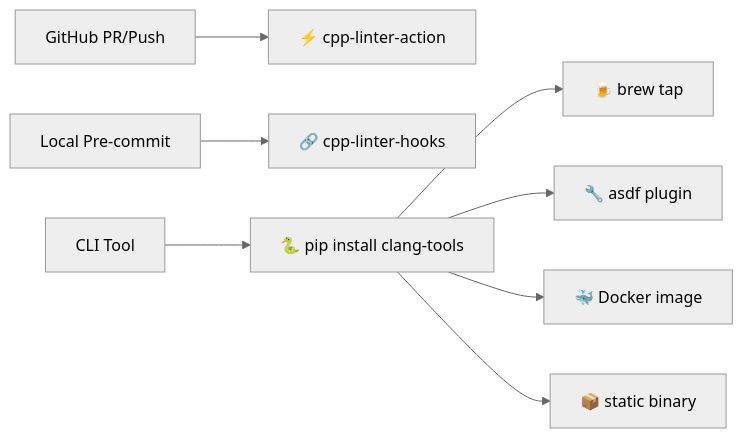
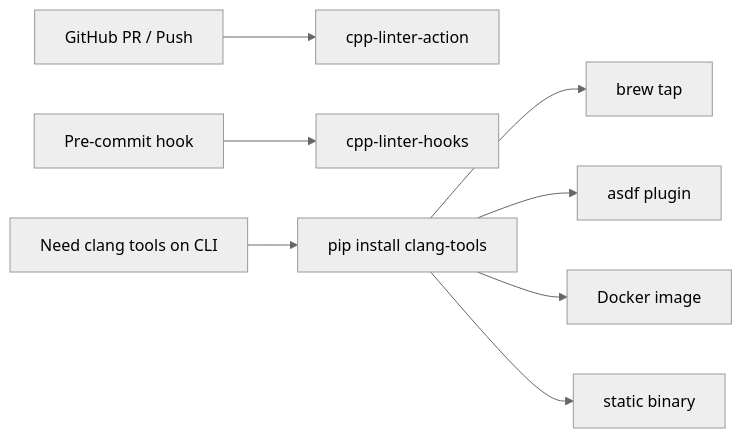
Before and after one commit to cpp-linter/.github: the diagram in profile/README.md, drawn with Mermaid (neutral theme). The commit also changed other lines of this file, not shown here.

First line of the commit message:
refactor(profile): restore original style, keep only mermaid flowchart

````diff
--- a/profile/README.md
+++ b/profile/README.md
@@ -65,13 +33,10 @@
 ```mermaid
 flowchart LR
-    CI[GitHub PR/Push] --> Action
-    Action["⚡ cpp-linter-action"]
-    Local[Local Pre-commit] --> Hooks
-    Hooks["🔗 cpp-linter-hooks"]
-    CLI[CLI Tool] --> Pip
-    Pip["🐍 pip install clang-tools"]
-    Pip --> Brew["🍺 brew tap"]
-    Pip --> Asdf["🔧 asdf plugin"]
-    Pip --> Docker["🐳 Docker image"]
-    Pip --> Binary["📦 static binary"]
+    CI[GitHub PR / Push] --> Action[cpp-linter-action]
+    Local[Pre-commit hook] --> Hooks[cpp-linter-hooks]
+    CLI[Need clang tools on CLI] --> Pip[pip install clang-tools]
+    Pip --> Brew[brew tap]
+    Pip --> Asdf[asdf plugin]
+    Pip --> Docker[Docker image]
+    Pip --> Binary[static binary]
 ```
````
